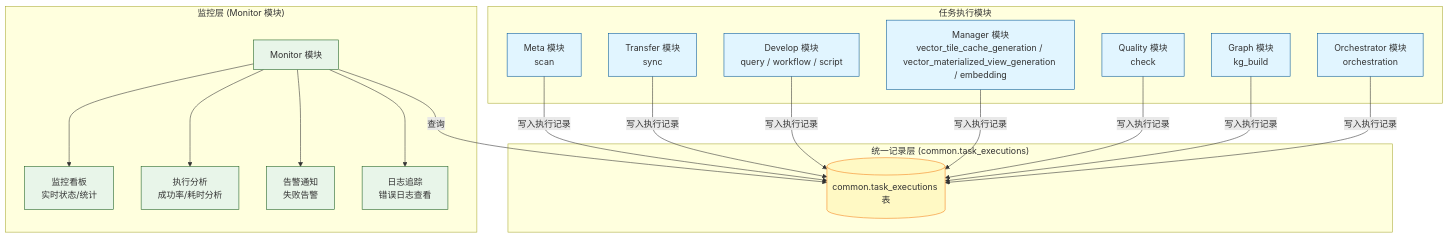
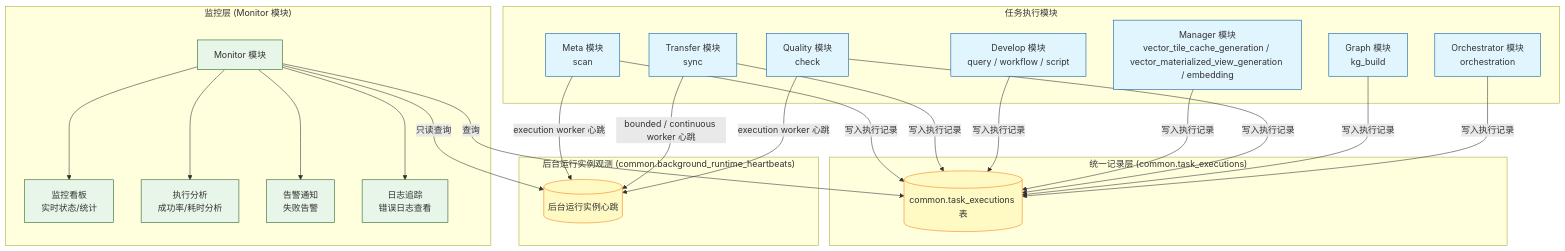
The first of 3 diagrams in docs/concepts/addp监控与执行体系图.md (pampa0629/addp), drawn with Mermaid before and after one commit. The commit also changed other lines of this file and 100 other files, not shown here.

````diff
--- a/docs/concepts/addp监控与执行体系图.md
+++ b/docs/concepts/addp监控与执行体系图.md
@@ -30,42 +30,50 @@
 ```mermaid
 graph TB
     subgraph "任务执行模块"
         Meta[Meta 模块<br/>scan]
         Transfer[Transfer 模块<br/>sync]
         Develop[Develop 模块<br/>query / workflow / script]
         Manager[Manager 模块<br/>vector_tile_cache_generation / vector_materialized_view_generation / embedding]
         Quality[Quality 模块<br/>check]
         Graph[Graph 模块<br/>kg_build]
         Orchestrator[Orchestrator 模块<br/>orchestration]
     end
 
     subgraph "统一记录层 (common.task_executions)"
         TaskExec[(common.task_executions 表)]
 
         Meta --> |写入执行记录| TaskExec
         Transfer --> |写入执行记录| TaskExec
         Develop --> |写入执行记录| TaskExec
         Manager --> |写入执行记录| TaskExec
         Quality --> |写入执行记录| TaskExec
         Graph --> |写入执行记录| TaskExec
         Orchestrator --> |写入执行记录| TaskExec
     end
 
+    subgraph "后台运行实例观测 (common.background_runtime_heartbeats)"
+        RuntimeHeartbeat[(后台运行实例心跳)]
+        Meta --> |execution worker 心跳| RuntimeHeartbeat
+        Transfer --> |bounded / continuous worker 心跳| RuntimeHeartbeat
+        Quality --> |execution worker 心跳| RuntimeHeartbeat
+    end
+
     subgraph "监控层 (Monitor 模块)"
         Monitor[Monitor 模块]
 
         Monitor --> |查询| TaskExec
+        Monitor --> |只读查询| RuntimeHeartbeat
         Monitor --> Dashboard[监控看板<br/>实时状态/统计]
         Monitor --> Analysis[执行分析<br/>成功率/耗时分析]
         Monitor --> Alert[告警通知<br/>失败告警]
         Monitor --> Log[日志追踪<br/>错误日志查看]
     end
 
     classDef module fill:#e1f5ff,stroke:#01579b
     classDef storage fill:#fff9c4,stroke:#f57f17
     classDef monitor fill:#e8f5e9,stroke:#1b5e20
 
     class Meta,Transfer,Develop,Manager,Quality,Graph,Orchestrator module
-    class TaskExec storage
+    class TaskExec,RuntimeHeartbeat storage
     class Monitor,Dashboard,Analysis,Alert,Log monitor
 ```
````
